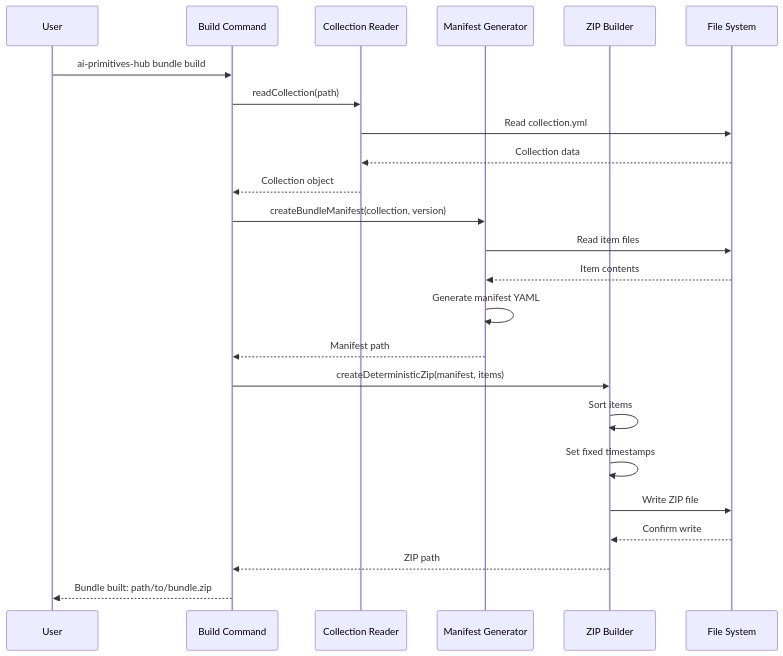
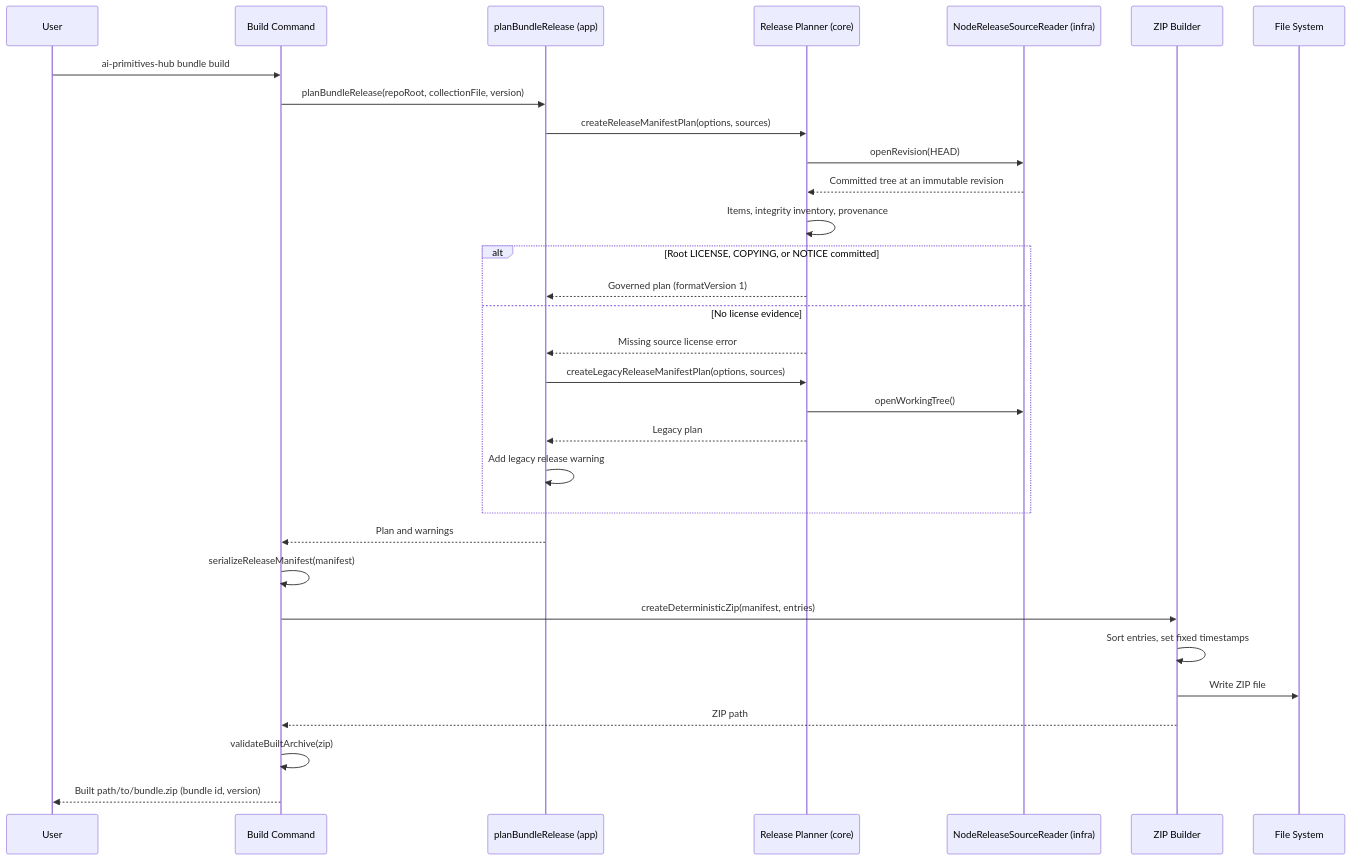
The second of 8 diagrams in docs/contributor-guide/architecture/library-centric-architecture/data-flow.md (AmadeusITGroup/ai-primitives-hub), drawn with Mermaid before and after one commit. The commit also changed other lines of this file and 19 other files, not shown here.

First line of the commit message:
refactor(packages): decouple bundle release planning from legacy lib/ (#528)

````diff
--- a/docs/contributor-guide/architecture/library-centric-architecture/data-flow.md
+++ b/docs/contributor-guide/architecture/library-centric-architecture/data-flow.md
@@ -36,30 +38,37 @@
 ```mermaid
 sequenceDiagram
     participant User
     participant CLI as Build Command
-    participant Col as Collection Reader
-    participant Manifest as Manifest Generator
+    participant App as planBundleRelease (app)
+    participant Plan as Release Planner (core)
+    participant Src as NodeReleaseSourceReader (infra)
     participant Zip as ZIP Builder
     participant FS as File System
 
     User->>CLI: ai-primitives-hub bundle build
-    CLI->>Col: readCollection(path)
-    Col->>FS: Read collection.yml
-    FS-->>Col: Collection data
-    Col-->>CLI: Collection object
+    CLI->>App: planBundleRelease(repoRoot, collectionFile, version)
+    App->>Plan: createReleaseManifestPlan(options, sources)
+    Plan->>Src: openRevision(HEAD)
+    Src-->>Plan: Committed tree at an immutable revision
+    Plan->>Plan: Items, integrity inventory, provenance
 
-    CLI->>Manifest: createBundleManifest(collection, version)
-    Manifest->>FS: Read item files
-    FS-->>Manifest: Item contents
-    Manifest->>Manifest: Generate manifest YAML
-    Manifest-->>CLI: Manifest path
+    alt Root LICENSE, COPYING, or NOTICE committed
+        Plan-->>App: Governed plan (formatVersion 1)
+    else No license evidence
+        Plan-->>App: Missing source license error
+        App->>Plan: createLegacyReleaseManifestPlan(options, sources)
+        Plan->>Src: openWorkingTree()
+        Plan-->>App: Legacy plan
+        App->>App: Add legacy release warning
+    end
+    App-->>CLI: Plan and warnings
 
-    CLI->>Zip: createDeterministicZip(manifest, items)
-    Zip->>Zip: Sort items
-    Zip->>Zip: Set fixed timestamps
+    CLI->>CLI: serializeReleaseManifest(manifest)
+    CLI->>Zip: createDeterministicZip(manifest, entries)
+    Zip->>Zip: Sort entries, set fixed timestamps
     Zip->>FS: Write ZIP file
-    FS-->>Zip: Confirm write
     Zip-->>CLI: ZIP path
+    CLI->>CLI: validateBuiltArchive(zip)
 
-    CLI-->>User: Bundle built: path/to/bundle.zip
+    CLI-->>User: Built path/to/bundle.zip (bundle id, version)
 ```
````
